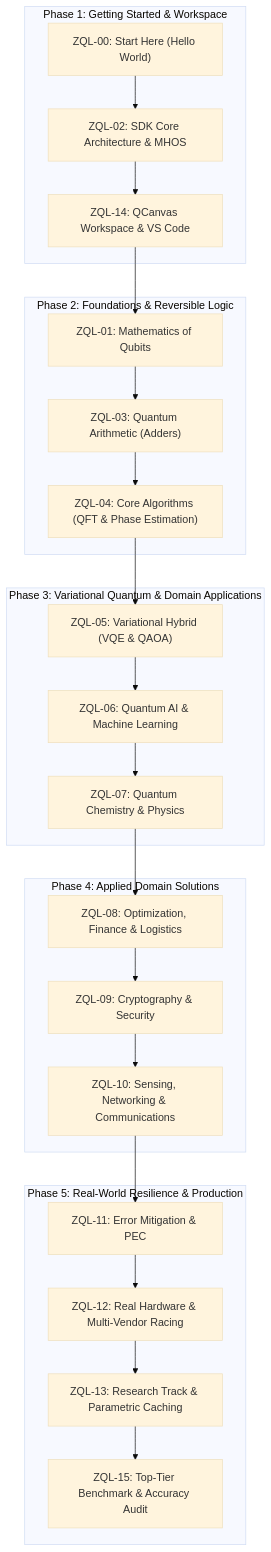
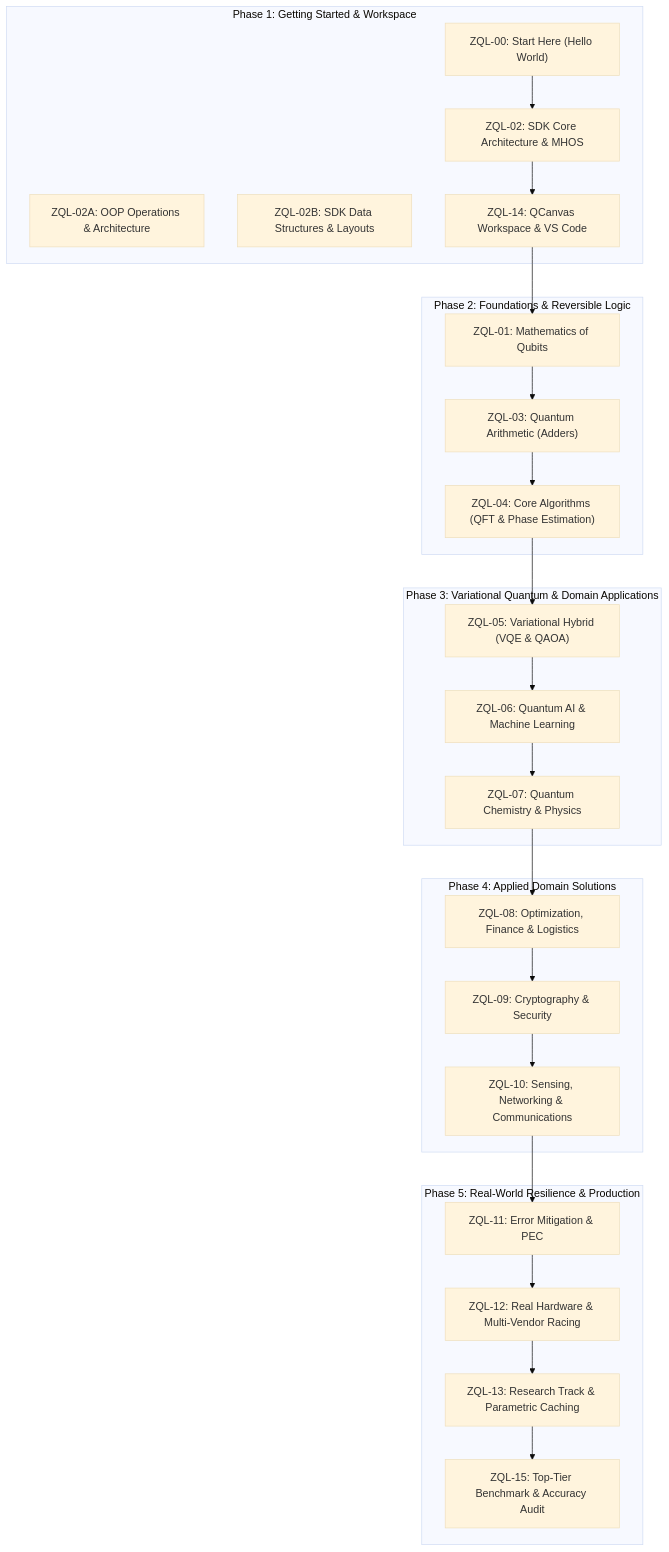
The diagram in docs/index.md (Vnnie-Mun/zuntenium), drawn with Mermaid (base theme) before and after one commit. The commit also changed other lines of this file and 6 other files, not shown here.

First line of the commit message:
docs(courses): add ZQL-02A OOP operations guide & ZQL-02B data structures guide

````diff
--- a/docs/index.md
+++ b/docs/index.md
@@ -11,39 +11,41 @@
 ```mermaid
 graph TD
     subgraph "Phase 1: Getting Started & Workspace"
         Z00["ZQL-00: Start Here (Hello World)"]
         Z02["ZQL-02: SDK Core Architecture & MHOS"]
+        Z02A["ZQL-02A: OOP Operations & Architecture"]
+        Z02B["ZQL-02B: SDK Data Structures & Layouts"]
         Z14["ZQL-14: QCanvas Workspace & VS Code"]
     end
 
     subgraph "Phase 2: Foundations & Reversible Logic"
         Z01["ZQL-01: Mathematics of Qubits"]
         Z03["ZQL-03: Quantum Arithmetic (Adders)"]
         Z04["ZQL-04: Core Algorithms (QFT & Phase Estimation)"]
     end
 
     subgraph "Phase 3: Variational Quantum & Domain Applications"
         Z05["ZQL-05: Variational Hybrid (VQE & QAOA)"]
         Z06["ZQL-06: Quantum AI & Machine Learning"]
         Z07["ZQL-07: Quantum Chemistry & Physics"]
     end
 
     subgraph "Phase 4: Applied Domain Solutions"
         Z08["ZQL-08: Optimization, Finance & Logistics"]
         Z09["ZQL-09: Cryptography & Security"]
         Z10["ZQL-10: Sensing, Networking & Communications"]
     end
 
     subgraph "Phase 5: Real-World Resilience & Production"
         Z11["ZQL-11: Error Mitigation & PEC"]
         Z12["ZQL-12: Real Hardware & Multi-Vendor Racing"]
         Z13["ZQL-13: Research Track & Parametric Caching"]
         Z15["ZQL-15: Top-Tier Benchmark & Accuracy Audit"]
     end
 
     Z00 --> Z02 --> Z14
     Z14 --> Z01 --> Z03 --> Z04
     Z04 --> Z05 --> Z06 --> Z07
     Z07 --> Z08 --> Z09 --> Z10
     Z10 --> Z11 --> Z12 --> Z13 --> Z15
 ```
````
